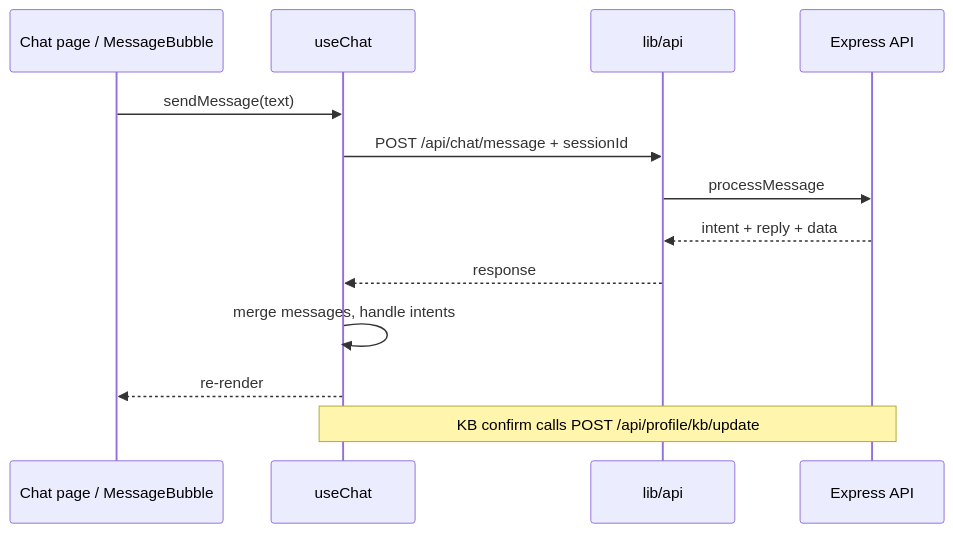
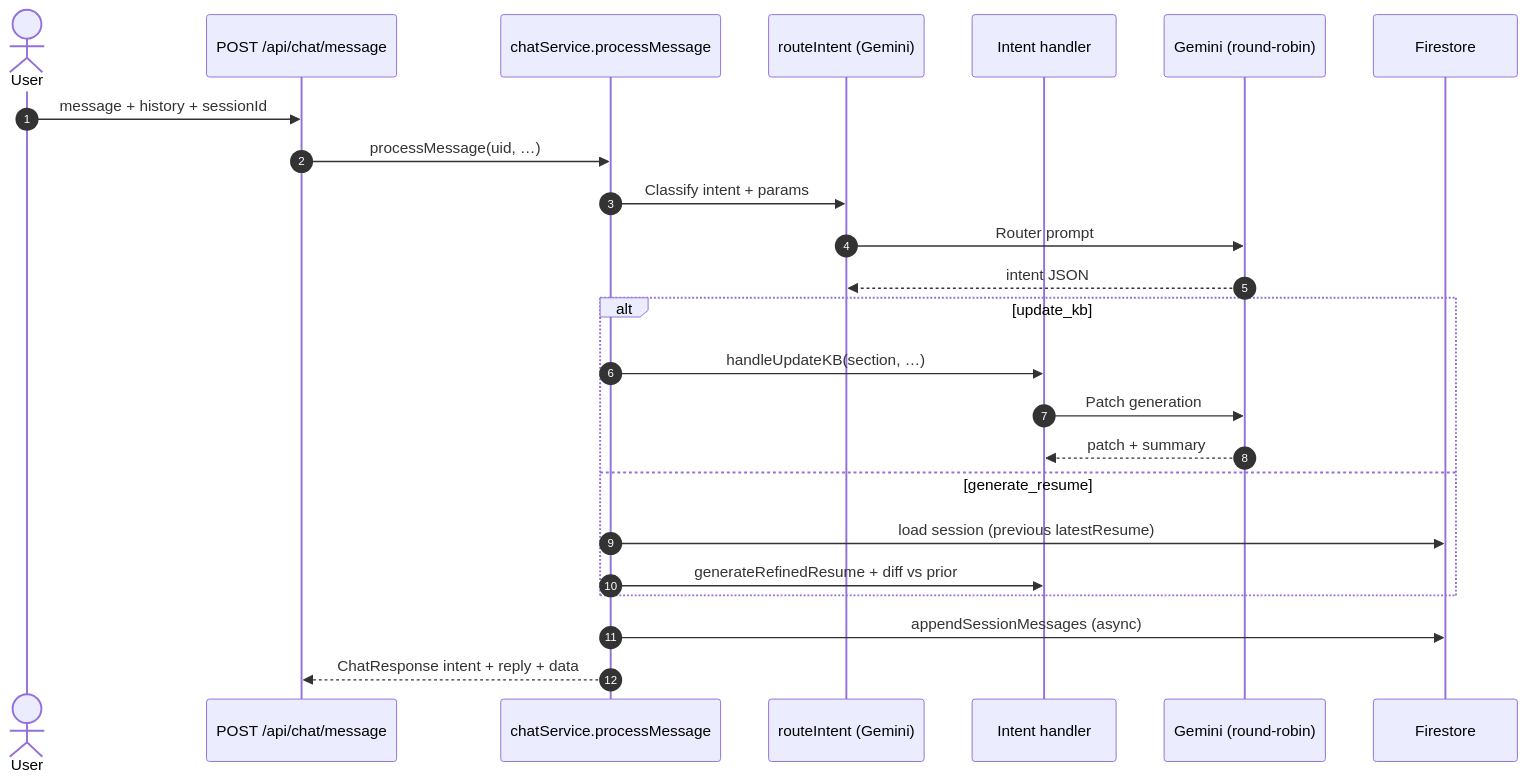
Before and after one commit to suryaraj05/resumeforge-backend: the third of 4 diagrams in README.md, drawn with Mermaid. The commit also changed other lines of this file, not shown here.

First line of the commit message:
Revise README for ResumeForge API updates

````diff
--- a/README.md
+++ b/README.md
@@ -108,17 +126,27 @@
 ```mermaid
 sequenceDiagram
-  participant UI as Chat page / MessageBubble
-  participant UC as useChat
-  participant API as lib/api
-  participant SRV as Express API
+  autonumber
+  actor U as User
+  participant API as POST /api/chat/message
+  participant CS as chatService.processMessage
+  participant R as routeIntent (Gemini)
+  participant H as Intent handler
+  participant G as Gemini (round-robin)
+  participant FS as Firestore
 
-  UI->>UC: sendMessage(text)
-  UC->>API: POST /api/chat/message + sessionId
-  API->>SRV: processMessage
-  SRV-->>API: intent + reply + data
-  API-->>UC: response
-  UC->>UC: merge messages, handle intents
-  UC-->>UI: re-render
-
-  Note over UC,SRV: KB confirm calls POST /api/profile/kb/update
+  U->>API: message + history + sessionId
+  API->>CS: processMessage(uid, …)
+  CS->>R: Classify intent + params
+  R->>G: Router prompt
+  G-->>R: intent JSON
+  alt update_kb
+    CS->>H: handleUpdateKB(section, …)
+    H->>G: Patch generation
+    G-->>H: patch + summary
+  else generate_resume
+    CS->>FS: load session (previous latestResume)
+    CS->>H: generateRefinedResume + diff vs prior
+  end
+  CS->>FS: appendSessionMessages (async)
+  CS-->>API: ChatResponse intent + reply + data
 ```
````
